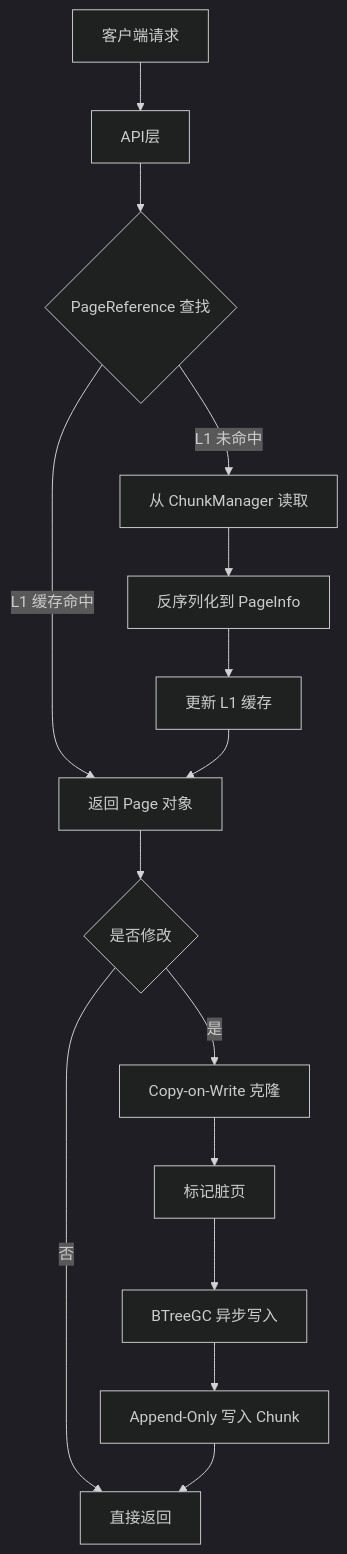
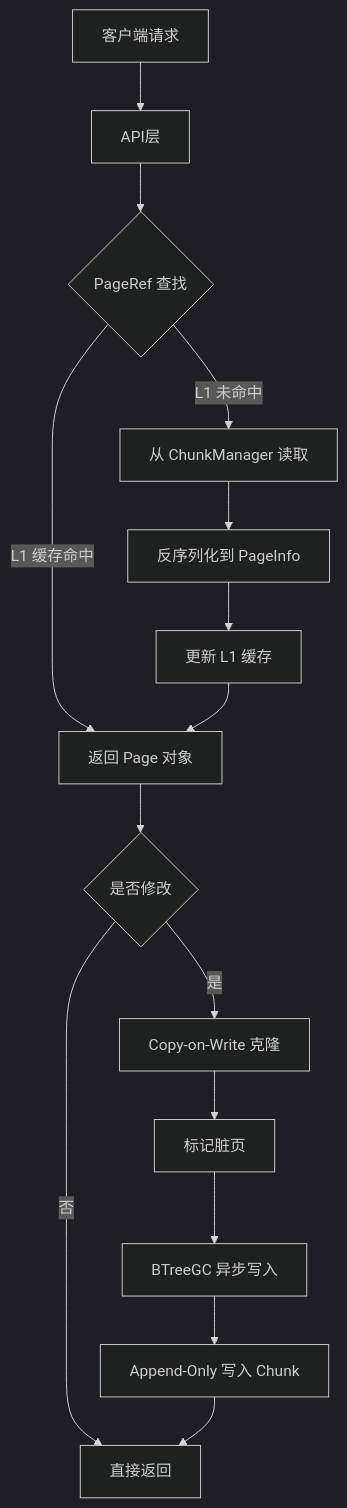
One commit to jzhang405/NexKV changed the diagram in docs/06_PM/feature/2026-03-12_PR-088_BTree-Page-重构-Phase1_全流程.md. Above: the diagram before and after it, drawn with Mermaid (dark theme). The commit also changed other lines of this file and 12 other files, not shown here.

````diff
--- a/docs/06_PM/feature/2026-03-12_PR-088_BTree-Page-重构-Phase1_全流程.md
+++ b/docs/06_PM/feature/2026-03-12_PR-088_BTree-Page-重构-Phase1_全流程.md
@@ -94,18 +94,18 @@
 ```mermaid
 flowchart TD
     A[客户端请求] --> B[API层]
-    B --> C{PageReference 查找}
+    B --> C{PageRef 查找}
     C -->|L1 缓存命中| D[返回 Page 对象]
     C -->|L1 未命中| E[从 ChunkManager 读取]
     E --> F[反序列化到 PageInfo]
     F --> G[更新 L1 缓存]
     G --> D
 
     D --> H{是否修改}
     H -->|是| I[Copy-on-Write 克隆]
     H -->|否| J[直接返回]
     I --> K[标记脏页]
     K --> L[BTreeGC 异步写入]
     L --> M[Append-Only 写入 Chunk]
     M --> J
 ```
````
